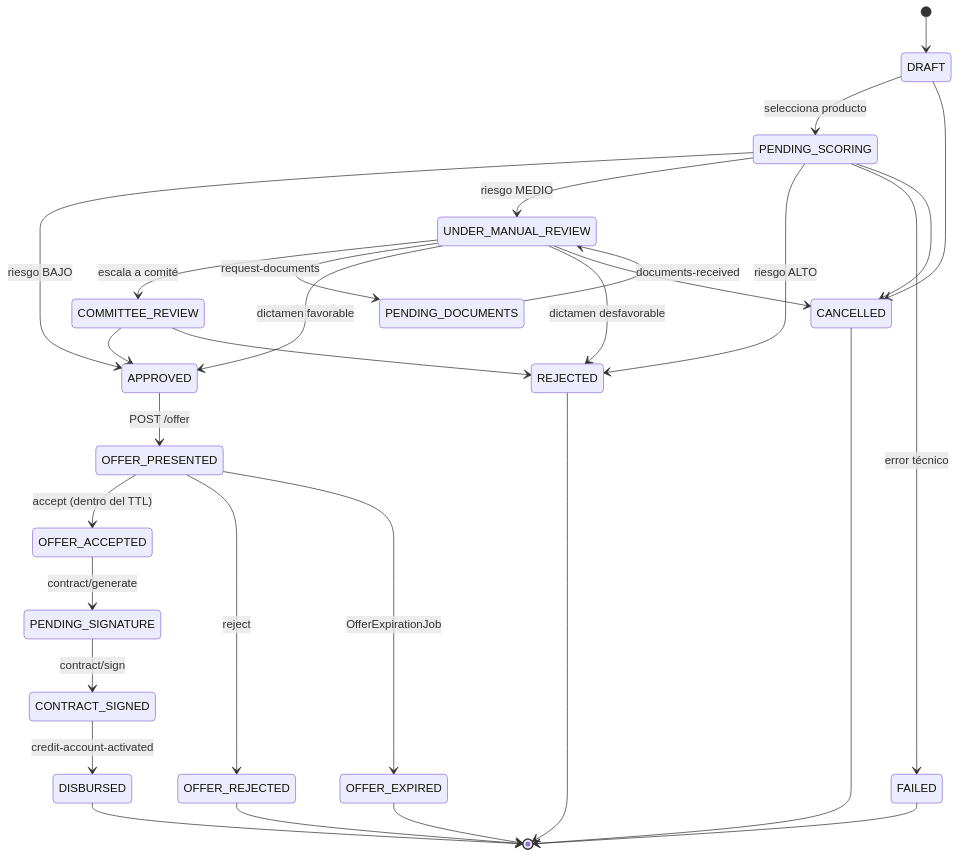
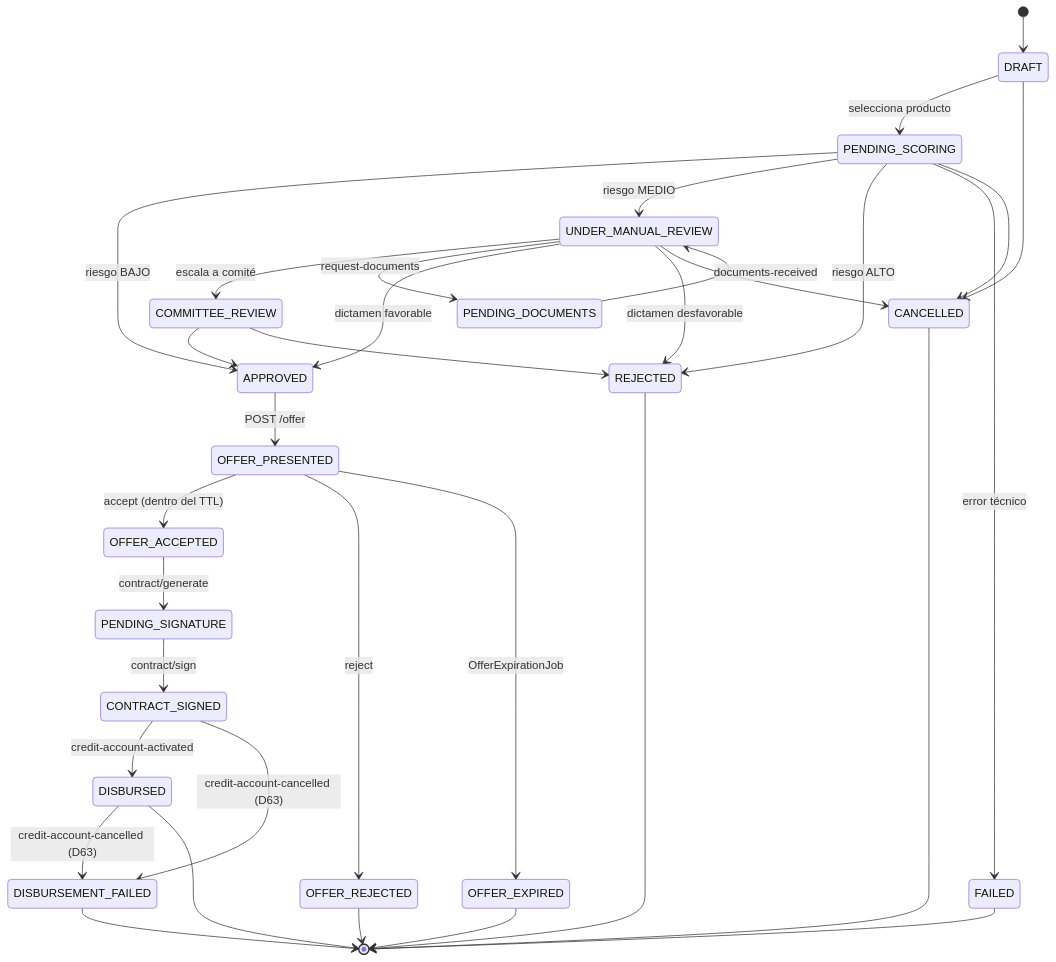
One commit to Emmanuel93/fintech-services changed the third of 5 diagrams in services/origination-service/README.md. Above: the diagram before and after it, drawn with Mermaid. The commit also changed other lines of this file and 62 other files, not shown here.

````diff
--- a/services/origination-service/README.md
+++ b/services/origination-service/README.md
@@ -154,36 +154,39 @@
 ```mermaid
 stateDiagram-v2
     [*] --> DRAFT
     DRAFT --> PENDING_SCORING : selecciona producto
     PENDING_SCORING --> APPROVED : riesgo BAJO
     PENDING_SCORING --> UNDER_MANUAL_REVIEW : riesgo MEDIO
     PENDING_SCORING --> REJECTED : riesgo ALTO
     PENDING_SCORING --> FAILED : error técnico
 
     UNDER_MANUAL_REVIEW --> COMMITTEE_REVIEW : escala a comité
     UNDER_MANUAL_REVIEW --> PENDING_DOCUMENTS : request-documents
     PENDING_DOCUMENTS --> UNDER_MANUAL_REVIEW : documents-received
     UNDER_MANUAL_REVIEW --> APPROVED : dictamen favorable
     UNDER_MANUAL_REVIEW --> REJECTED : dictamen desfavorable
     COMMITTEE_REVIEW --> APPROVED
     COMMITTEE_REVIEW --> REJECTED
 
     APPROVED --> OFFER_PRESENTED : POST /offer
     OFFER_PRESENTED --> OFFER_ACCEPTED : accept (dentro del TTL)
     OFFER_PRESENTED --> OFFER_REJECTED : reject
     OFFER_PRESENTED --> OFFER_EXPIRED : OfferExpirationJob
     OFFER_ACCEPTED --> PENDING_SIGNATURE : contract/generate
     PENDING_SIGNATURE --> CONTRACT_SIGNED : contract/sign
     CONTRACT_SIGNED --> DISBURSED : credit-account-activated
+    DISBURSED --> DISBURSEMENT_FAILED : credit-account-cancelled (D63)
+    CONTRACT_SIGNED --> DISBURSEMENT_FAILED : credit-account-cancelled (D63)
 
     DRAFT --> CANCELLED
     PENDING_SCORING --> CANCELLED
     UNDER_MANUAL_REVIEW --> CANCELLED
 
     DISBURSED --> [*]
+    DISBURSEMENT_FAILED --> [*]
     REJECTED --> [*]
     OFFER_REJECTED --> [*]
     OFFER_EXPIRED --> [*]
     FAILED --> [*]
     CANCELLED --> [*]
 ```
````
